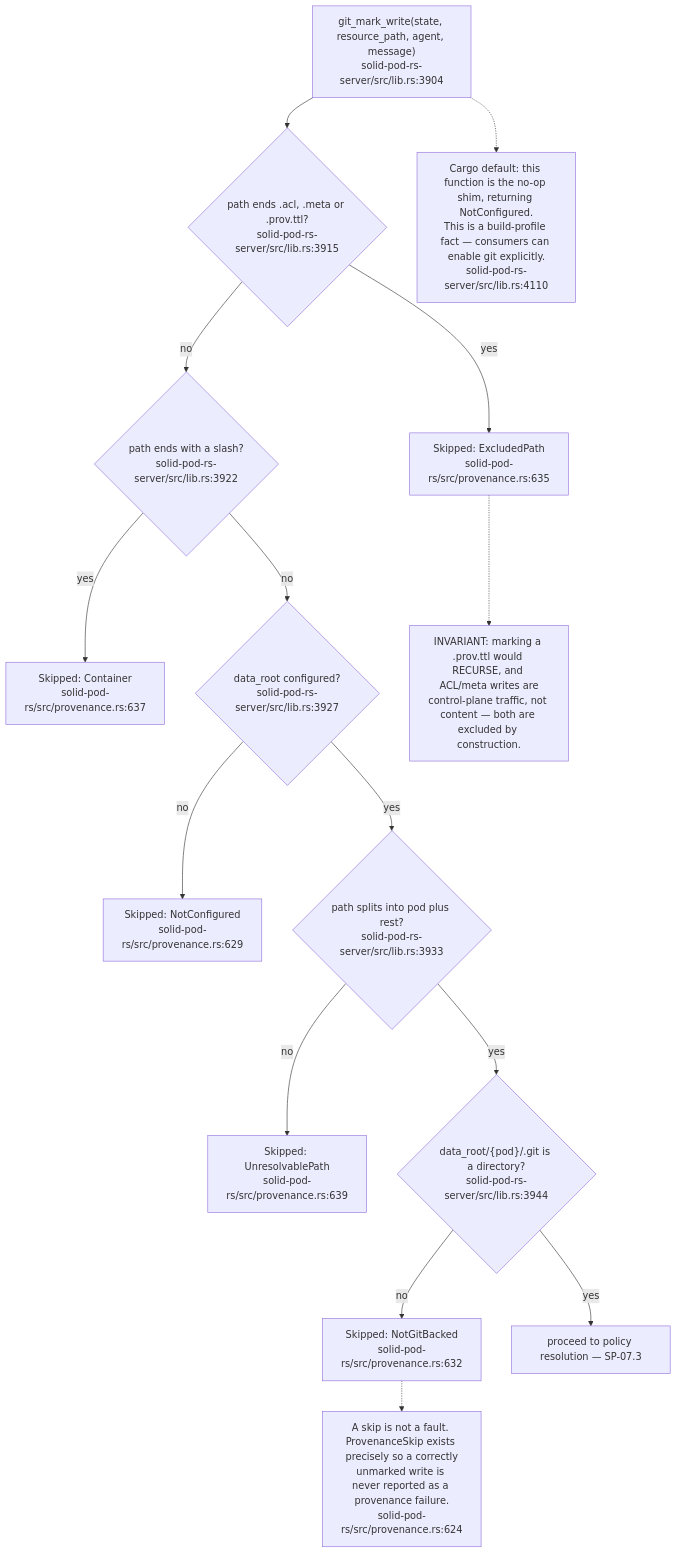
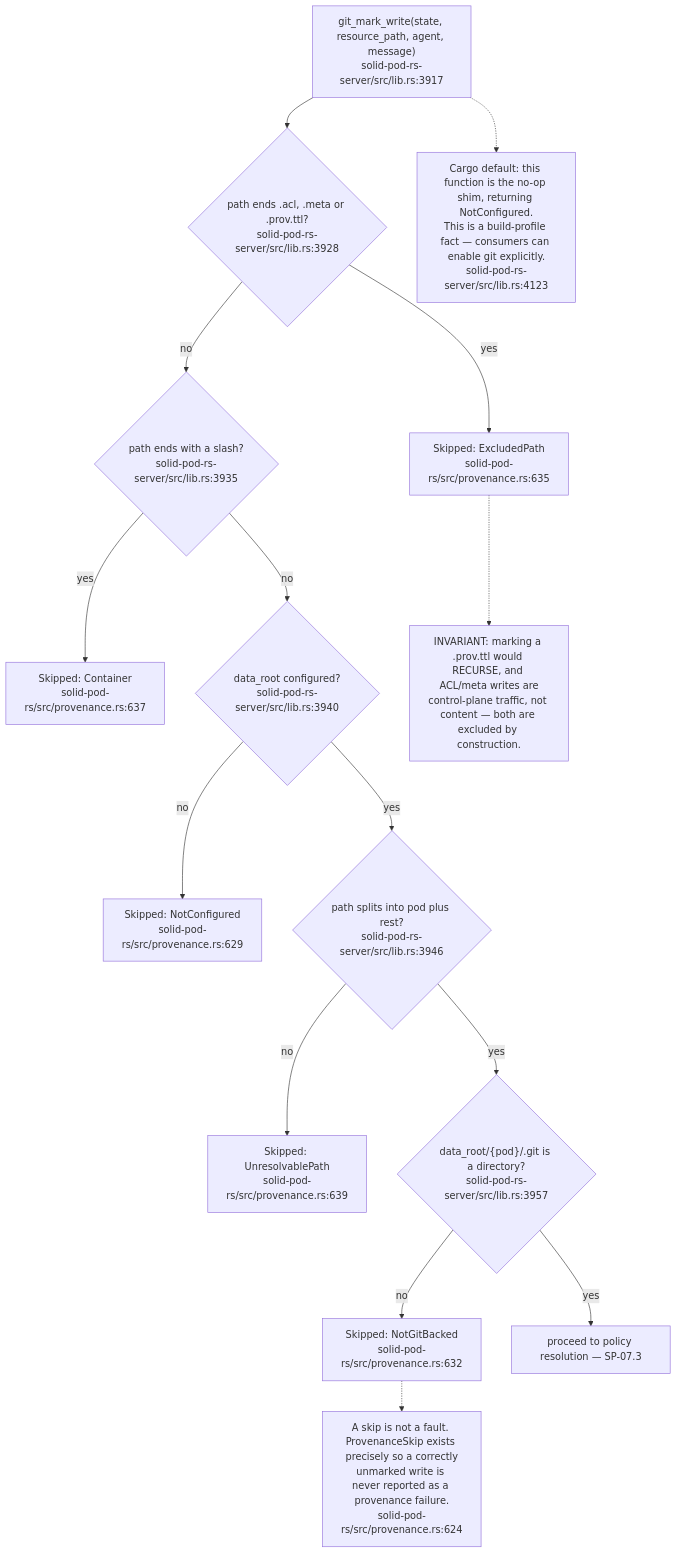
Before and after one commit to DreamLab-AI/VisionFlow: the second of 19 diagrams in docs/diagrams/solid-pod-rs/07-provenance-and-payments.md, drawn with Mermaid. The commit also changed other lines of this file and 47 other files, not shown here.

````diff
--- a/docs/diagrams/solid-pod-rs/07-provenance-and-payments.md
+++ b/docs/diagrams/solid-pod-rs/07-provenance-and-payments.md
@@ -49,34 +50,34 @@
 ```mermaid
 flowchart TD
-    IN["git_mark_write(state, resource_path, agent, message)<br/>solid-pod-rs-server/src/lib.rs:3904"]
-    SIDE{"path ends .acl, .meta or .prov.ttl?<br/>solid-pod-rs-server/src/lib.rs:3915"}
+    IN["git_mark_write(state, resource_path, agent, message)<br/>solid-pod-rs-server/src/lib.rs:3917"]
+    SIDE{"path ends .acl, .meta or .prov.ttl?<br/>solid-pod-rs-server/src/lib.rs:3928"}
     S1["Skipped: ExcludedPath<br/>solid-pod-rs/src/provenance.rs:635"]
-    CONT{"path ends with a slash?<br/>solid-pod-rs-server/src/lib.rs:3922"}
+    CONT{"path ends with a slash?<br/>solid-pod-rs-server/src/lib.rs:3935"}
     S2["Skipped: Container<br/>solid-pod-rs/src/provenance.rs:637"]
-    ROOT{"data_root configured?<br/>solid-pod-rs-server/src/lib.rs:3927"}
+    ROOT{"data_root configured?<br/>solid-pod-rs-server/src/lib.rs:3940"}
     S3["Skipped: NotConfigured<br/>solid-pod-rs/src/provenance.rs:629"]
-    SPLIT{"path splits into pod plus rest?<br/>solid-pod-rs-server/src/lib.rs:3933"}
+    SPLIT{"path splits into pod plus rest?<br/>solid-pod-rs-server/src/lib.rs:3946"}
     S4["Skipped: UnresolvablePath<br/>solid-pod-rs/src/provenance.rs:639"]
-    GITD{"data_root/{pod}/.git is a directory?<br/>solid-pod-rs-server/src/lib.rs:3944"}
+    GITD{"data_root/{pod}/.git is a directory?<br/>solid-pod-rs-server/src/lib.rs:3957"}
     S5["Skipped: NotGitBacked<br/>solid-pod-rs/src/provenance.rs:632"]
     GO["proceed to policy resolution — SP-07.3"]
 
     IN --> SIDE
     SIDE -- yes --> S1
     SIDE -- no --> CONT
     CONT -- yes --> S2
     CONT -- no --> ROOT
     ROOT -- no --> S3
     ROOT -- yes --> SPLIT
     SPLIT -- no --> S4
     SPLIT -- yes --> GITD
     GITD -- no --> S5
     GITD -- yes --> GO
 
     N["INVARIANT: marking a .prov.ttl would RECURSE, and ACL/meta writes are<br/>control-plane traffic, not content — both are excluded by construction."]
     S1 -.-> N
     N2["A skip is not a fault. ProvenanceSkip exists precisely so a correctly<br/>unmarked write is never reported as a provenance failure.<br/>solid-pod-rs/src/provenance.rs:624"]
     S5 -.-> N2
-    N3["Cargo default: this function is the no-op shim, returning NotConfigured.<br/>This is a build-profile fact — consumers can enable git explicitly.<br/>solid-pod-rs-server/src/lib.rs:4110"]
+    N3["Cargo default: this function is the no-op shim, returning NotConfigured.<br/>This is a build-profile fact — consumers can enable git explicitly.<br/>solid-pod-rs-server/src/lib.rs:4123"]
     IN -.-> N3
 ```
````
